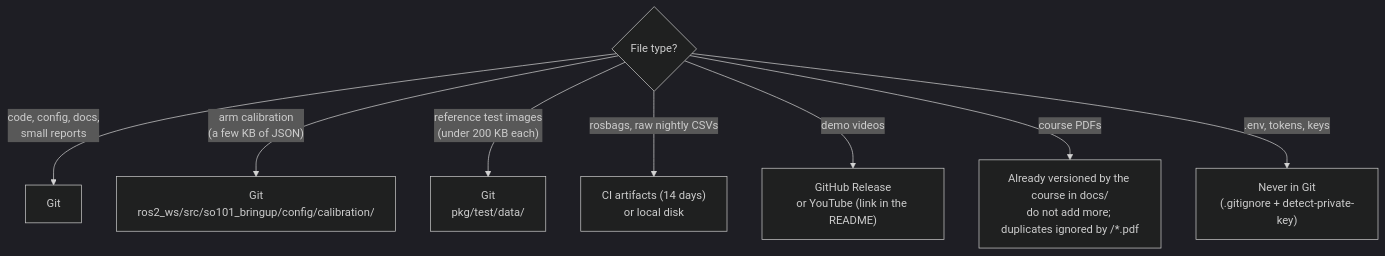
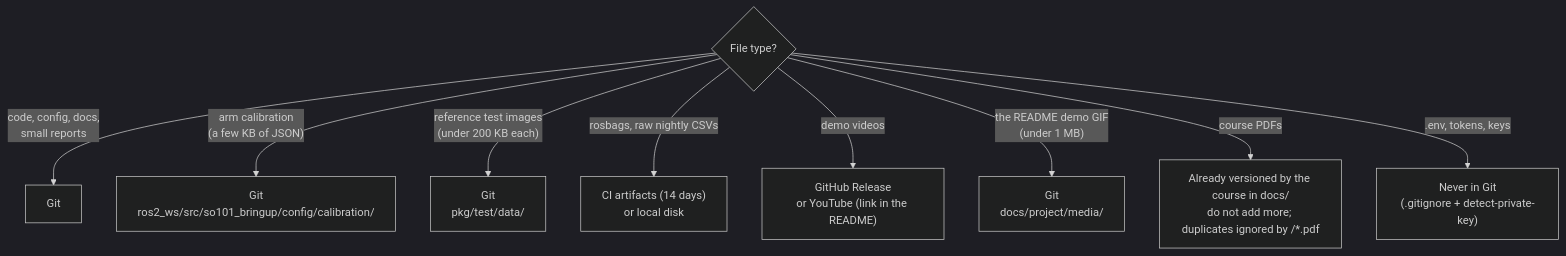
The fifth of 7 diagrams in docs/project/15_repository_hygiene.md (FoxaxeWasTaken/Robotics), drawn with Mermaid (dark theme) before and after one commit. The commit also changed other lines of this file and 36 other files, not shown here.

````diff
--- a/docs/project/15_repository_hygiene.md
+++ b/docs/project/15_repository_hygiene.md
@@ -177,11 +179,12 @@
 ```mermaid
 flowchart TD
   Q{"File type?"}
   Q -- "code, config, docs,<br/>small reports" --> G["Git"]
   Q -- "arm calibration<br/>(a few KB of JSON)" --> G2["Git<br/>ros2_ws/src/so101_bringup/config/calibration/"]
   Q -- "reference test images<br/>(under 200 KB each)" --> G3["Git<br/>pkg/test/data/"]
   Q -- "rosbags, raw nightly CSVs" --> A["CI artifacts (14 days)<br/>or local disk"]
   Q -- "demo videos" --> V["GitHub Release<br/>or YouTube (link in the README)"]
+  Q -- "the README demo GIF<br/>(under 1 MB)" --> G4["Git<br/>docs/project/media/"]
   Q -- "course PDFs" --> N["Already versioned by the course in docs/<br/>do not add more; duplicates ignored by /*.pdf"]
   Q -- ".env, tokens, keys" --> S["Never in Git<br/>(.gitignore + detect-private-key)"]
 ```
````
